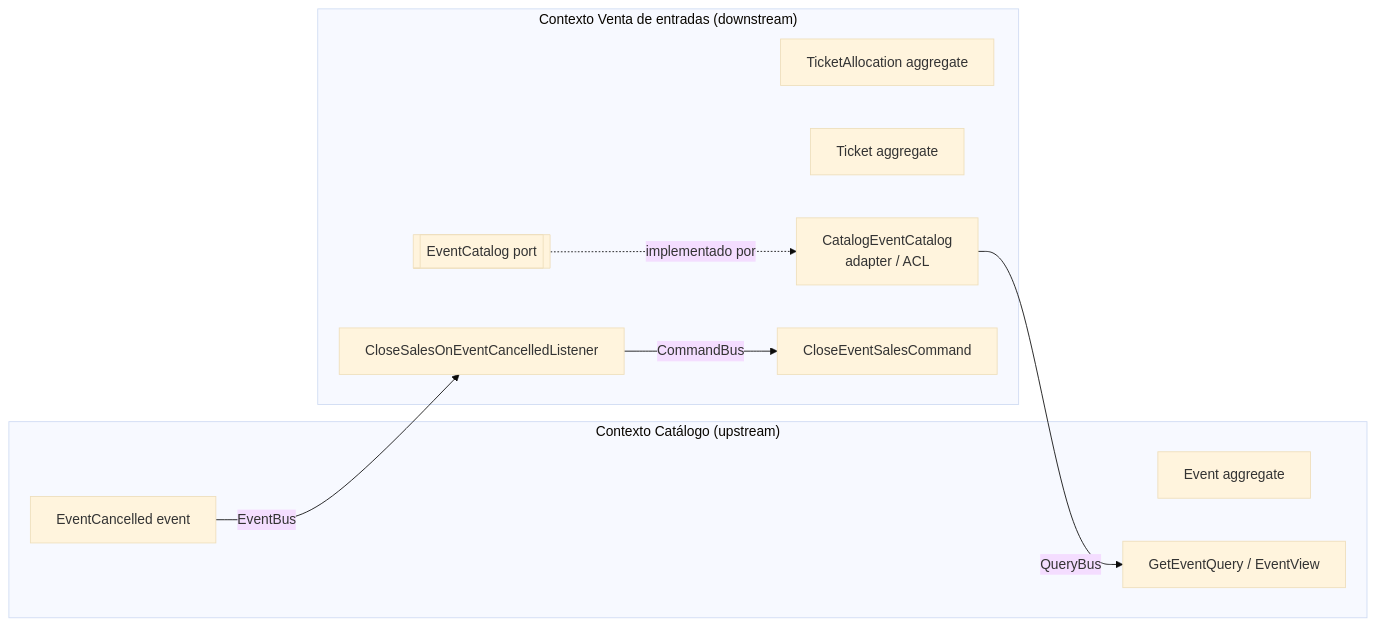
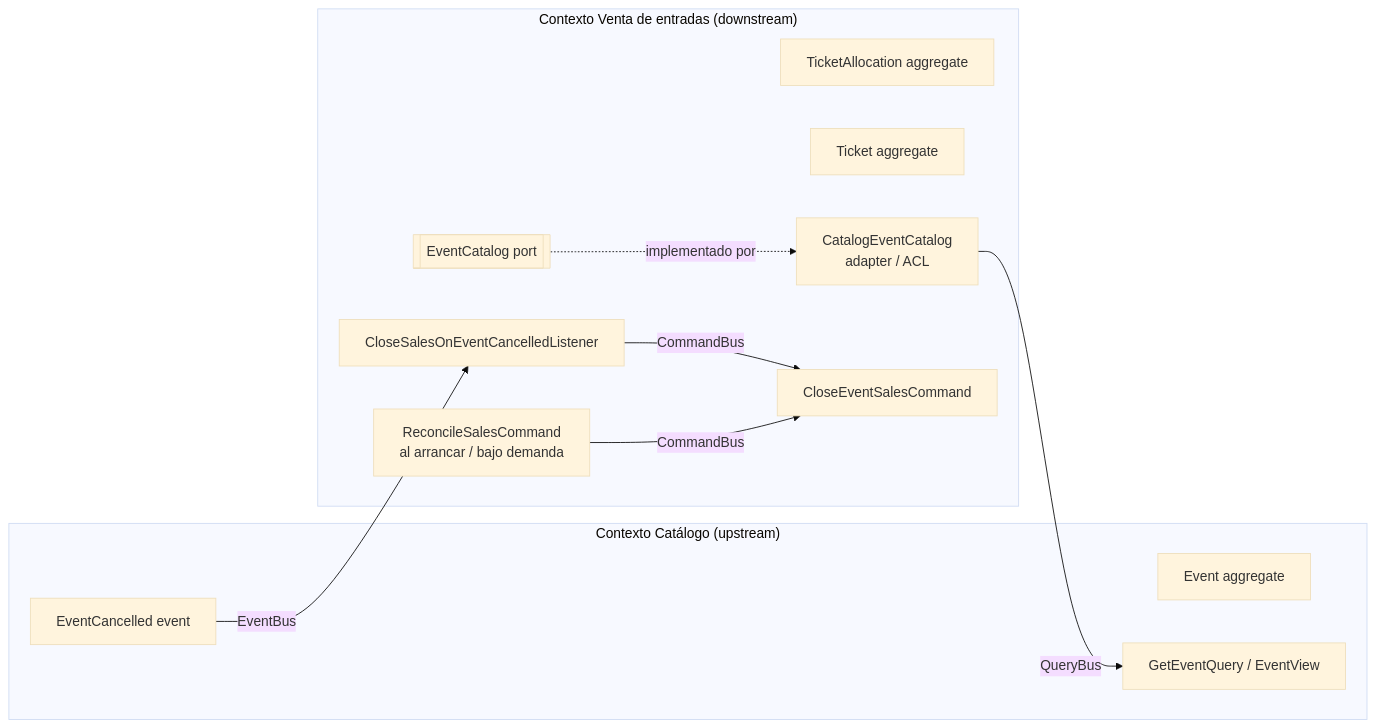
One commit to bryanramosing-ux/Tarea-Curso_NestJS changed the diagram in docs/architecture/bounded-contexts.md. Above: the diagram before and after it, drawn with Mermaid (base theme). The commit also changed other lines of this file and 27 other files, not shown here.

````diff
--- a/docs/architecture/bounded-contexts.md
+++ b/docs/architecture/bounded-contexts.md
@@ -5,20 +5,22 @@
 ```mermaid
 flowchart LR
   subgraph Catalog["Contexto Catálogo (upstream)"]
     E[Event aggregate]
     GQ[GetEventQuery / EventView]
     EC[EventCancelled event]
   end
   subgraph Ticketing["Contexto Venta de entradas (downstream)"]
     A[TicketAllocation aggregate]
     T[Ticket aggregate]
     P[[EventCatalog port]]
     ACL[CatalogEventCatalog<br/>adapter / ACL]
     L[CloseSalesOnEventCancelledListener]
     C[CloseEventSalesCommand]
+    R[ReconcileSalesCommand<br/>al arrancar / bajo demanda]
   end
   P -. implementado por .-> ACL
   ACL -- QueryBus --> GQ
   EC -- EventBus --> L
   L -- CommandBus --> C
+  R -- CommandBus --> C
 ```
````
